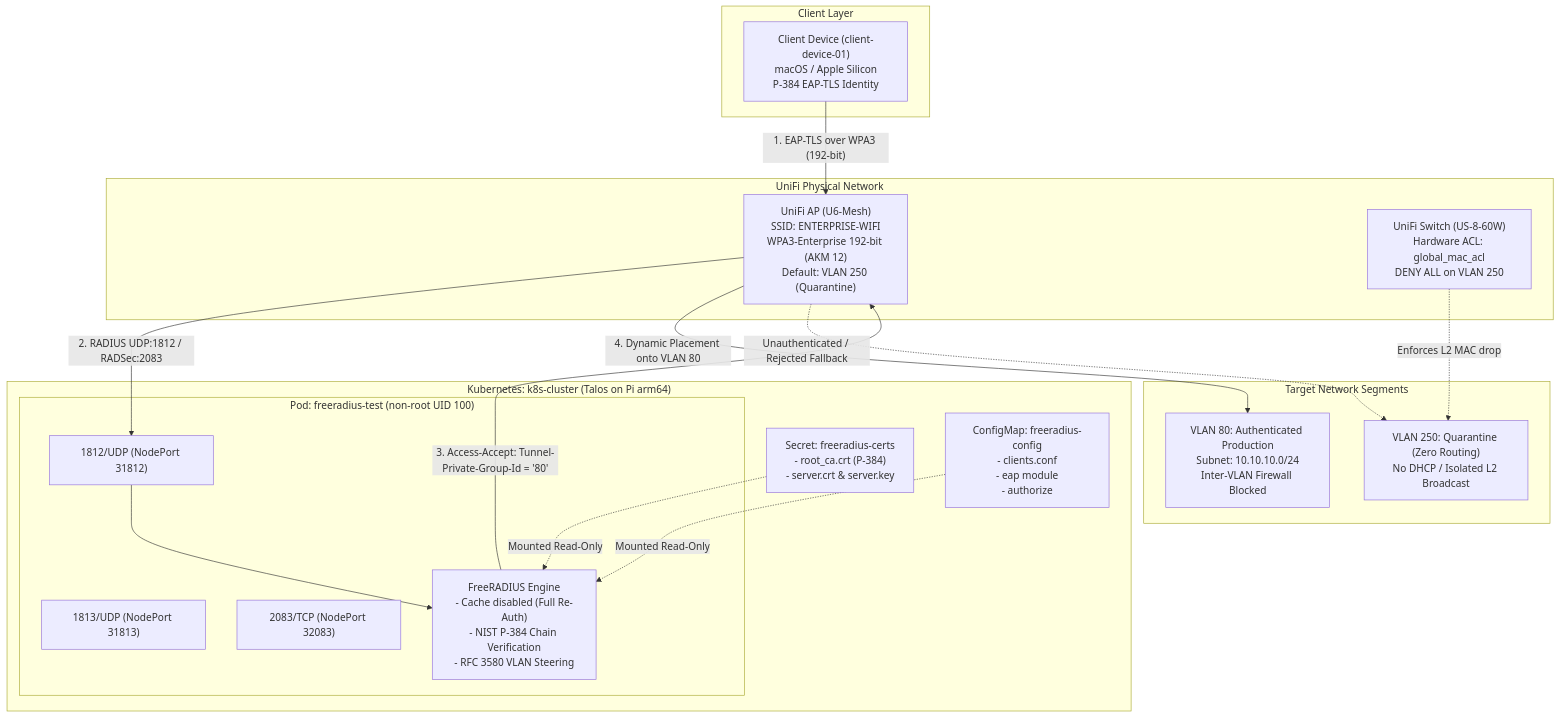
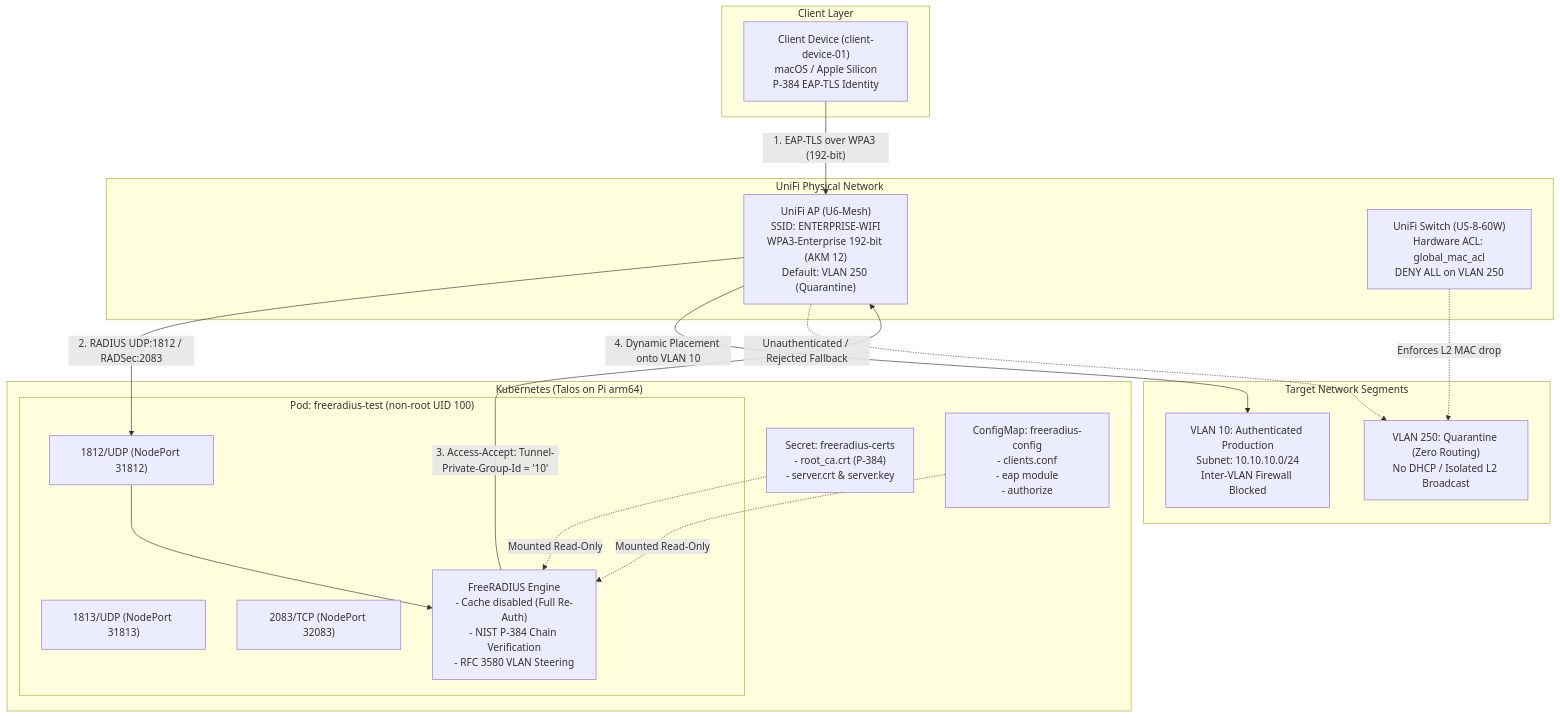
The diagram in README.md (andrewnicolalde/homelab-NAC), drawn with Mermaid before and after one commit. The commit also changed other lines of this file and 15 other files, not shown here.

````diff
--- a/README.md
+++ b/README.md
@@ -15,41 +15,41 @@
 ```mermaid
 graph TD
-    subgraph Client Layer
+    subgraph ClientLayer ["Client Layer"]
         Mac["Client Device (client-device-01)<br/>macOS / Apple Silicon<br/>P-384 EAP-TLS Identity"]
     end
 
-    subgraph UniFi Physical Network
+    subgraph UniFiNetwork ["UniFi Physical Network"]
         AP["UniFi AP (U6-Mesh)<br/>SSID: ENTERPRISE-WIFI<br/>WPA3-Enterprise 192-bit (AKM 12)<br/>Default: VLAN 250 (Quarantine)"]
         Switch["UniFi Switch (US-8-60W)<br/>Hardware ACL: global_mac_acl<br/>DENY ALL on VLAN 250"]
     end
 
-    subgraph "Kubernetes: k8s-cluster (Talos on Pi arm64)"
-        subgraph "Pod: freeradius-test (non-root UID 100)"
+    subgraph K8sCluster ["Kubernetes (Talos on Pi arm64)"]
+        subgraph PodRadius ["Pod: freeradius-test (non-root UID 100)"]
             RADIUS_AUTH["1812/UDP (NodePort 31812)"]
             RADIUS_ACCT["1813/UDP (NodePort 31813)"]
             RADSEC["2083/TCP (NodePort 32083)"]
             
             Core["FreeRADIUS Engine<br/>- Cache disabled (Full Re-Auth)<br/>- NIST P-384 Chain Verification<br/>- RFC 3580 VLAN Steering"]
         end
 
         K8S_SECRET["Secret: freeradius-certs<br/>- root_ca.crt (P-384)<br/>- server.crt & server.key"]
         K8S_CONFIG["ConfigMap: freeradius-config<br/>- clients.conf<br/>- eap module<br/>- authorize"]
     end
 
-    subgraph Target Network Segments
-        VLAN80["VLAN 80: Authenticated Production<br/>Subnet: 10.10.10.0/24<br/>Inter-VLAN Firewall Blocked"]
+    subgraph NetworkSegments ["Target Network Segments"]
+        VLAN10["VLAN 10: Authenticated Production<br/>Subnet: 10.10.10.0/24<br/>Inter-VLAN Firewall Blocked"]
         VLAN250["VLAN 250: Quarantine (Zero Routing)<br/>No DHCP / Isolated L2 Broadcast"]
     end
 
     %% Flow
     Mac -->|"1. EAP-TLS over WPA3 (192-bit)"| AP
     AP -->|"2. RADIUS UDP:1812 / RADSec:2083"| RADIUS_AUTH
     RADIUS_AUTH --> Core
     K8S_SECRET -.->|"Mounted Read-Only"| Core
     K8S_CONFIG -.->|"Mounted Read-Only"| Core
     
-    Core -->|"3. Access-Accept: Tunnel-Private-Group-Id = '80'"| AP
-    AP -->|"4. Dynamic Placement onto VLAN 80"| VLAN80
+    Core -->|"3. Access-Accept: Tunnel-Private-Group-Id = '10'"| AP
+    AP -->|"4. Dynamic Placement onto VLAN 10"| VLAN10
     AP -.->|"Unauthenticated / Rejected Fallback"| VLAN250
     Switch -.->|"Enforces L2 MAC drop"| VLAN250
 ```
````
